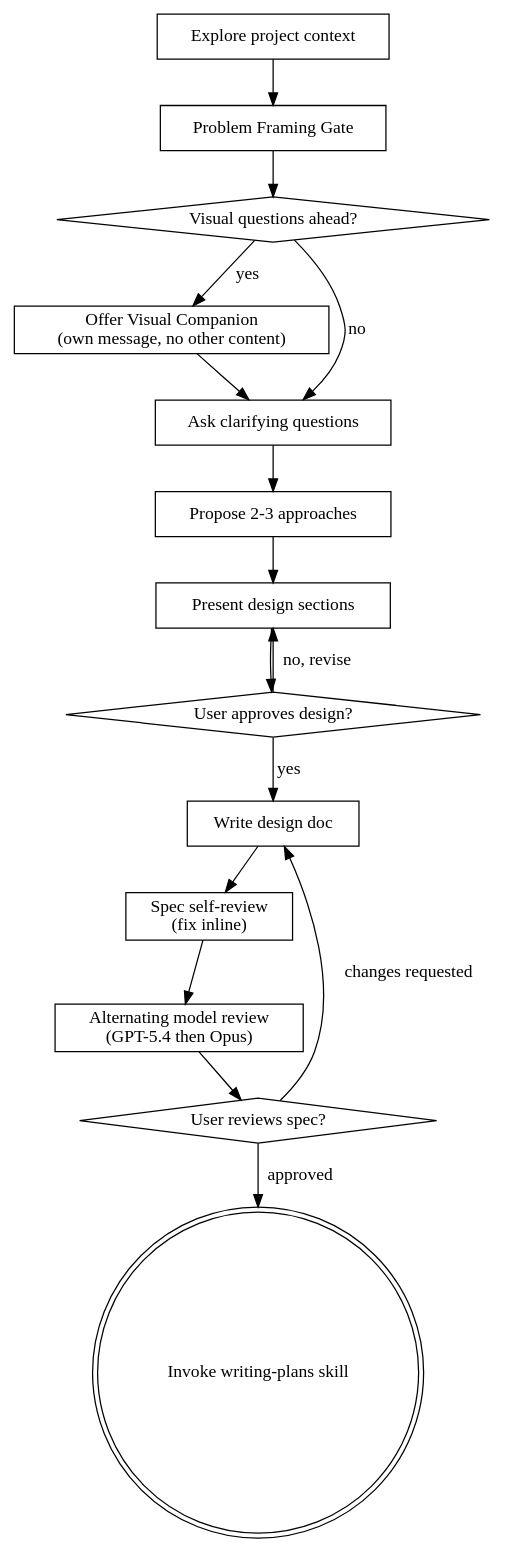
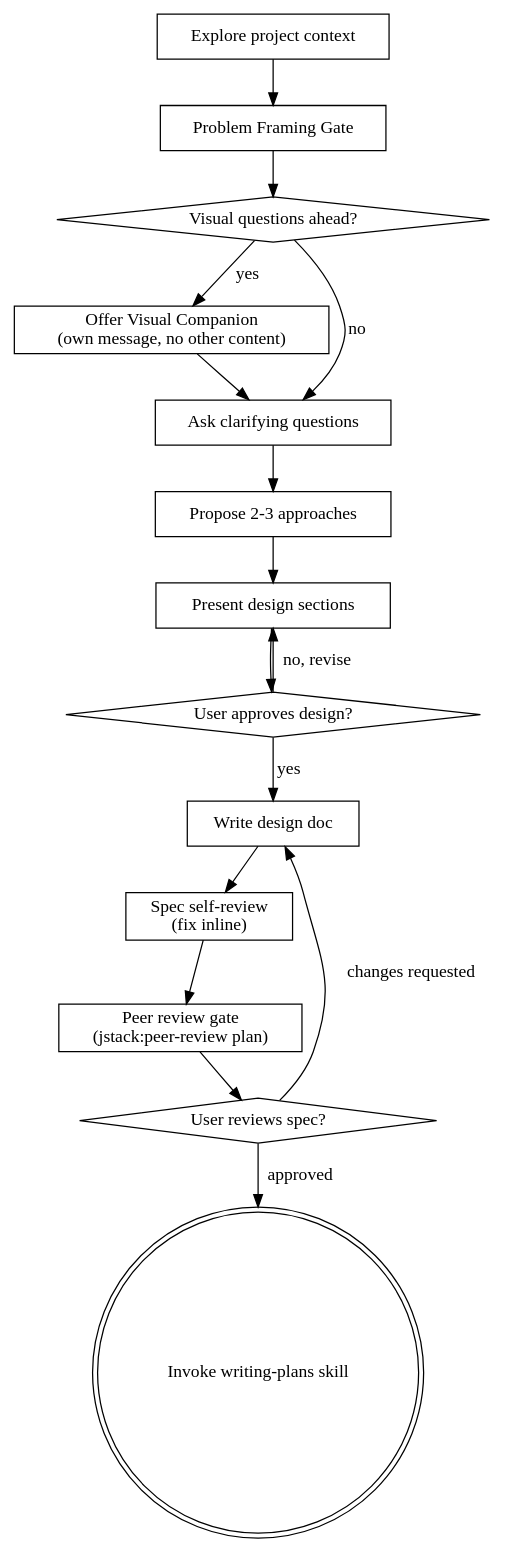
Before and after one commit to jungsooyun/jstack: the diagram in skills/brainstorming/SKILL.md, drawn with Graphviz. The commit also changed other lines of this file and 4 other files, not shown here.

Commit message:
feat: route planning gates through peer review

````diff
--- a/skills/brainstorming/SKILL.md
+++ b/skills/brainstorming/SKILL.md
@@ -38,33 +38,33 @@
 ```dot
 digraph brainstorming {
     "Explore project context" [shape=box];
     "Problem Framing Gate" [shape=box];
     "Visual questions ahead?" [shape=diamond];
     "Offer Visual Companion\n(own message, no other content)" [shape=box];
     "Ask clarifying questions" [shape=box];
     "Propose 2-3 approaches" [shape=box];
     "Present design sections" [shape=box];
     "User approves design?" [shape=diamond];
     "Write design doc" [shape=box];
     "Spec self-review\n(fix inline)" [shape=box];
-    "Alternating model review\n(GPT-5.4 then Opus)" [shape=box];
+    "Peer review gate\n(jstack:peer-review plan)" [shape=box];
     "User reviews spec?" [shape=diamond];
     "Invoke writing-plans skill" [shape=doublecircle];
 
     "Explore project context" -> "Problem Framing Gate";
     "Problem Framing Gate" -> "Visual questions ahead?";
     "Visual questions ahead?" -> "Offer Visual Companion\n(own message, no other content)" [label="yes"];
     "Visual questions ahead?" -> "Ask clarifying questions" [label="no"];
     "Offer Visual Companion\n(own message, no other content)" -> "Ask clarifying questions";
     "Ask clarifying questions" -> "Propose 2-3 approaches";
     "Propose 2-3 approaches" -> "Present design sections";
     "Present design sections" -> "User approves design?";
     "User approves design?" -> "Present design sections" [label="no, revise"];
     "User approves design?" -> "Write design doc" [label="yes"];
     "Write design doc" -> "Spec self-review\n(fix inline)";
-    "Spec self-review\n(fix inline)" -> "Alternating model review\n(GPT-5.4 then Opus)";
-    "Alternating model review\n(GPT-5.4 then Opus)" -> "User reviews spec?";
+    "Spec self-review\n(fix inline)" -> "Peer review gate\n(jstack:peer-review plan)";
+    "Peer review gate\n(jstack:peer-review plan)" -> "User reviews spec?";
     "User reviews spec?" -> "Write design doc" [label="changes requested"];
     "User reviews spec?" -> "Invoke writing-plans skill" [label="approved"];
 }
 ```
````
